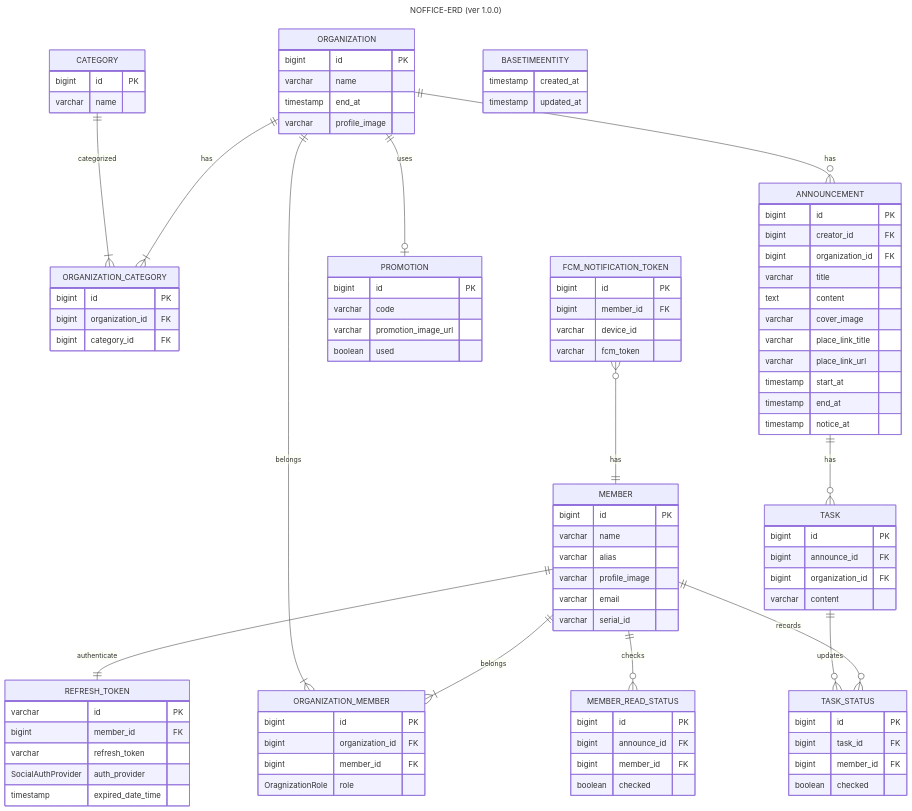
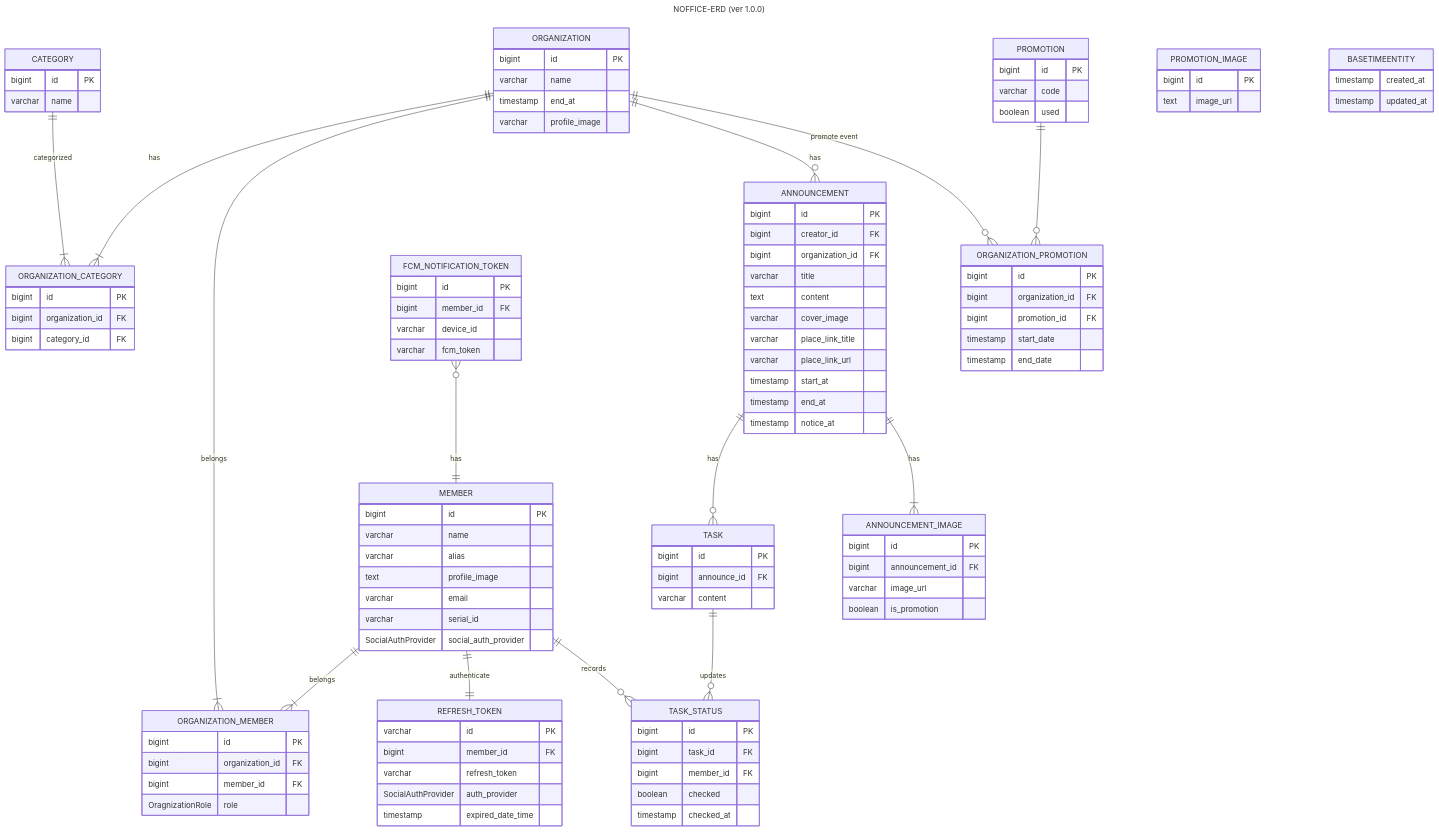
One commit to Team-Notitime/NOFFICE-SERVER changed the diagram in docs/NOFFICE-erd.md. Above: the diagram before and after it, drawn with Mermaid.

Commit message:
:memo: docs: 도메인 수정사항 ERD 기술 (#27)

```diff
--- a/docs/NOFFICE-erd.md
+++ b/docs/NOFFICE-erd.md
@@ -9,9 +9,10 @@
         bigint id PK
         varchar name
         varchar alias
-        varchar profile_image
+        text profile_image
         varchar email
         varchar serial_id
+        SocialAuthProvider social_auth_provider
     }
 
     ORGANIZATION {
@@ -20,6 +21,7 @@
         timestamp end_at
         varchar profile_image
     }
+
     ORGANIZATION ||--|{ ORGANIZATION_CATEGORY: has
     CATEGORY ||--|{ ORGANIZATION_CATEGORY: categorized
     ORGANIZATION_CATEGORY {
@@ -31,6 +33,13 @@
     CATEGORY {
         bigint id PK
         varchar name
+    }
+    ORGANIZATION_PROMOTION {
+        bigint id PK
+        bigint organization_id FK
+        bigint promotion_id FK
+        timestamp start_date
+        timestamp end_date
     }
 
     MEMBER ||--|{ ORGANIZATION_MEMBER: belongs
@@ -59,22 +68,13 @@
         timestamp expired_date_time
     }
 
-    MEMBER ||--o{ MEMBER_READ_STATUS: checks
-    MEMBER_READ_STATUS {
-        bigint id PK
-        bigint announce_id FK
-        bigint member_id FK
-        boolean checked
-    }
-
-    ORGANIZATION ||--o| PROMOTION: "uses"
-    PROMOTION {
-        bigint id PK
-        varchar code
-        varchar promotion_image_url
-        boolean used
-    }
-
+%%    MEMBER ||--o{ MEMBER_READ_STATUS: checks
+%%    MEMBER_READ_STATUS {
+%%        bigint id PK
+%%        bigint announce_id FK
+%%        bigint member_id FK
+%%        boolean checked
+%%    }
     ORGANIZATION ||--o{ ANNOUNCEMENT: "has"
     ANNOUNCEMENT {
         bigint id PK
@@ -89,7 +89,21 @@
         timestamp end_at
         timestamp notice_at
     }
+    ORGANIZATION ||--o{ ORGANIZATION_PROMOTION: "promote event"
+    PROMOTION ||--o{ ORGANIZATION_PROMOTION: ""
+    PROMOTION {
+        bigint id PK
+        varchar code
+        boolean used
+    }
 
+    ANNOUNCEMENT ||--o{ TASK: has
+    TASK {
+        bigint id PK
+        bigint announce_id FK
+        varchar content
+    }
+    
     MEMBER ||--o{ TASK_STATUS: records
     TASK ||--o{ TASK_STATUS: updates
     TASK_STATUS {
@@ -97,14 +111,20 @@
         bigint task_id FK
         bigint member_id FK
         boolean checked
+        timestamp checked_at
     }
 
-    ANNOUNCEMENT ||--o{ TASK: has
-    TASK {
+    ANNOUNCEMENT ||--|{ ANNOUNCEMENT_IMAGE: "has"
+    ANNOUNCEMENT_IMAGE {
         bigint id PK
-        bigint announce_id FK
-        bigint organization_id FK
-        varchar content
+        bigint announcement_id FK
+        varchar image_url
+        boolean is_promotion
+    }
+
+    PROMOTION_IMAGE {
+        bigint id PK
+        text image_url
     }
 
     BASETIMEENTITY {
```
